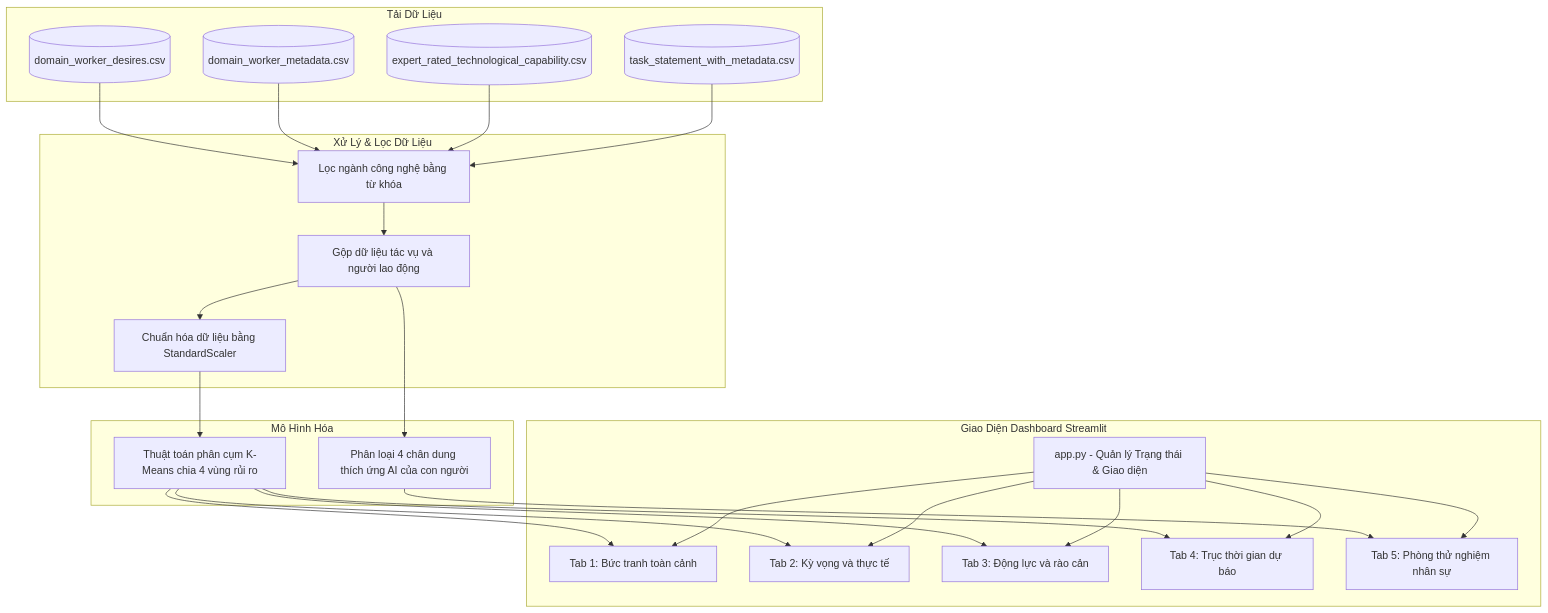
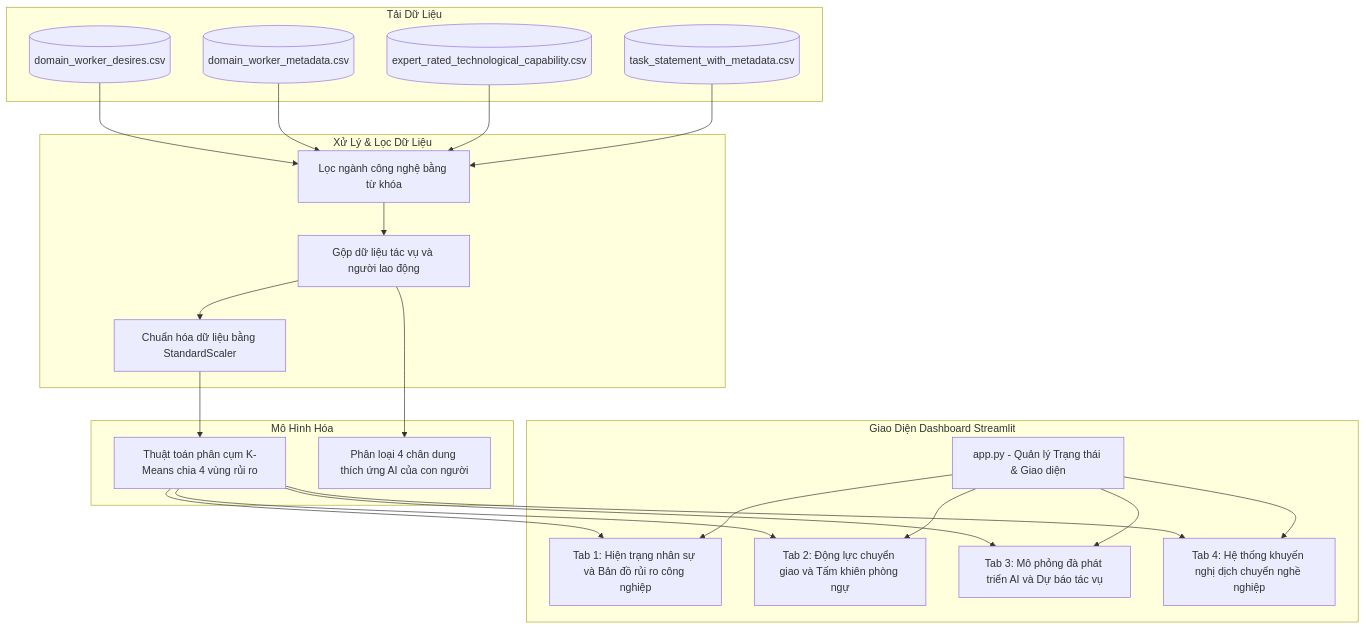
One commit to Hongdao-nn/Portfolio-Projects changed the diagram in WORKBANK-Data&Tech-Project/README.md. Above: the diagram before and after it, drawn with Mermaid. The commit also changed other lines of this file and 10 other files, not shown here.

````diff
--- a/WORKBANK-Data&Tech-Project/README.md
+++ b/WORKBANK-Data&Tech-Project/README.md
@@ -109,51 +105,48 @@
 ```mermaid
 graph TD
     subgraph Ingestion [Tải Dữ Liệu]
         D1[(domain_worker_desires.csv)]
         D2[(domain_worker_metadata.csv)]
         D3[(expert_rated_technological_capability.csv)]
         D4[(task_statement_with_metadata.csv)]
     end
 
     subgraph Preprocessing [Xử Lý & Lọc Dữ Liệu]
         Filter[Lọc ngành công nghệ bằng từ khóa]
         Merge[Gộp dữ liệu tác vụ và người lao động]
         Scale[Chuẩn hóa dữ liệu bằng StandardScaler]
         
         D1 --> Filter
         D2 --> Filter
         D3 --> Filter
         D4 --> Filter
         Filter --> Merge
         Merge --> Scale
     end
 
     subgraph Modeling [Mô Hình Hóa]
         KMeans[Thuật toán phân cụm K-Means chia 4 vùng rủi ro]
         Persona[Phân loại 4 chân dung thích ứng AI của con người]
         
         Scale --> KMeans
         Merge --> Persona
     end
 
     subgraph Dashboard [Giao Diện Dashboard Streamlit]
         Main[app.py - Quản lý Trạng thái & Giao diện]
-        T1[Tab 1: Bức tranh toàn cảnh]
-        T2[Tab 2: Kỳ vọng và thực tế]
-        T3[Tab 3: Động lực và rào cản]
-        T4[Tab 4: Trục thời gian dự báo]
-        T5[Tab 5: Phòng thử nghiệm nhân sự]
+        T1[Tab 1: Hiện trạng nhân sự và Bản đồ rủi ro công nghiệp]
+        T2[Tab 2: Động lực chuyển giao và Tấm khiên phòng ngự]
+        T3[Tab 3: Mô phỏng đà phát triển AI và Dự báo tác vụ]
+        T4[Tab 4: Hệ thống khuyến nghị dịch chuyển nghề nghiệp]
         
         KMeans --> T1
         KMeans --> T2
         KMeans --> T3
         KMeans --> T4
-        Persona --> T5
         
         Main --> T1
         Main --> T2
         Main --> T3
         Main --> T4
-        Main --> T5
     end
 ```
````
